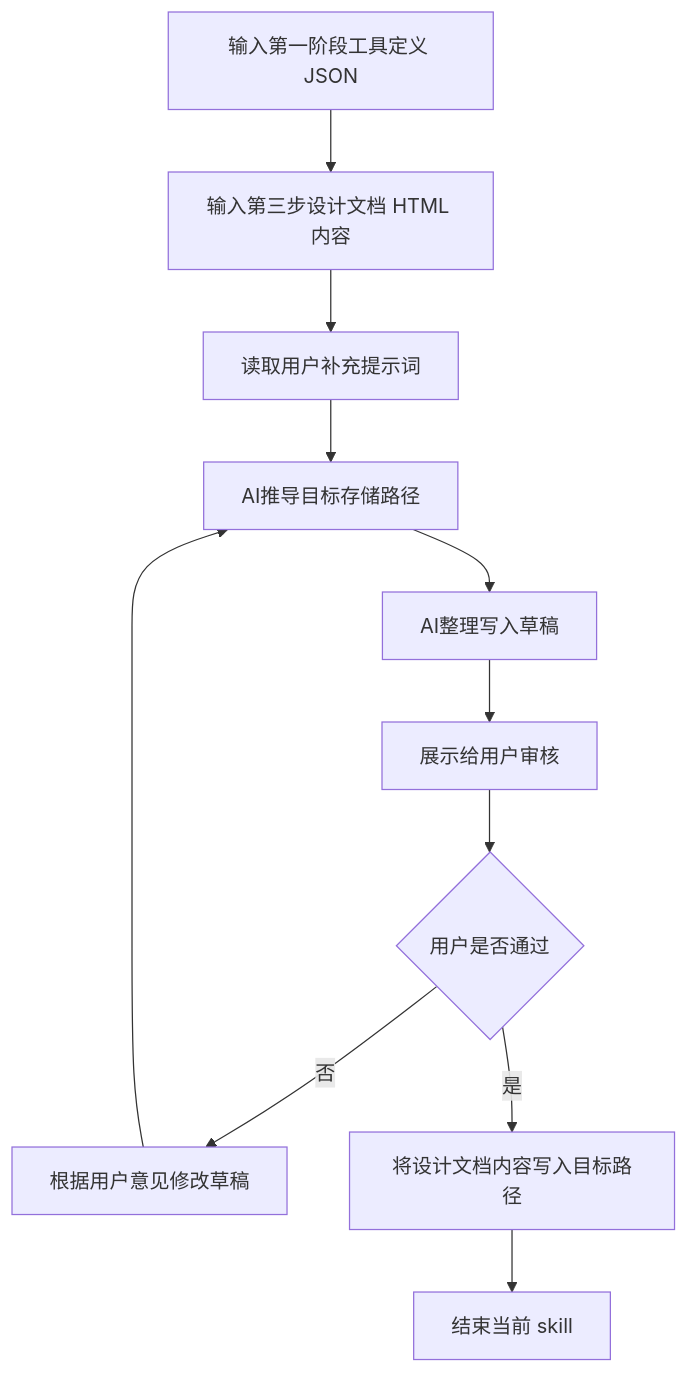
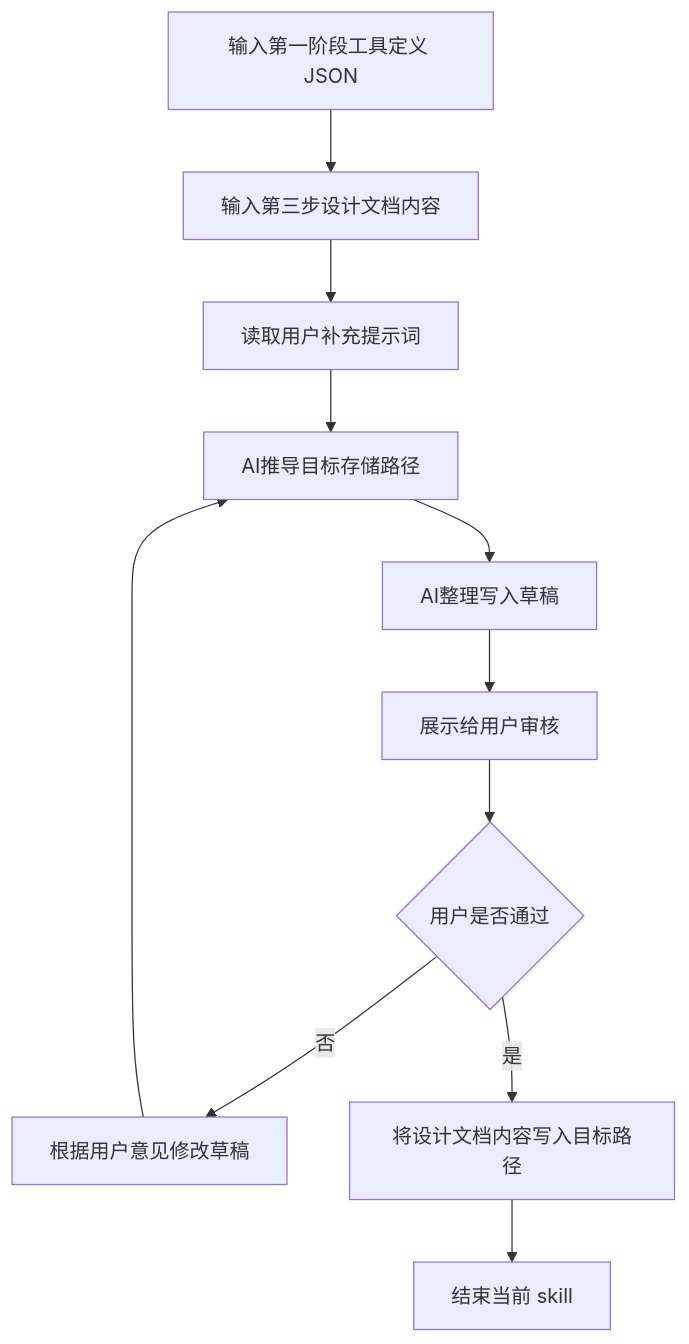
One commit to Aldebaran638/General-Tool-System changed the diagram in skills/members/architect_skills/design-doc-storage.md. Above: the diagram before and after it, drawn with Mermaid. The commit also changed other lines of this file and 22 other files, not shown here.

````diff
--- a/skills/members/architect_skills/design-doc-storage.md
+++ b/skills/members/architect_skills/design-doc-storage.md
@@ -27,13 +27,13 @@
 ```mermaid
 flowchart TD
-    A[输入第一阶段工具定义 JSON] --> B[输入第三步设计文档 HTML 内容]
+    A[输入第一阶段工具定义 JSON] --> B[输入第三步设计文档内容]
     B --> C[读取用户补充提示词]
     C --> D[AI推导目标存储路径]
     D --> E[AI整理写入草稿]
     E --> F[展示给用户审核]
     F --> G{用户是否通过}
     G -- 否 --> H[根据用户意见修改草稿]
     H --> D
     G -- 是 --> I[将设计文档内容写入目标路径]
     I --> J[结束当前 skill]
 ```
````
